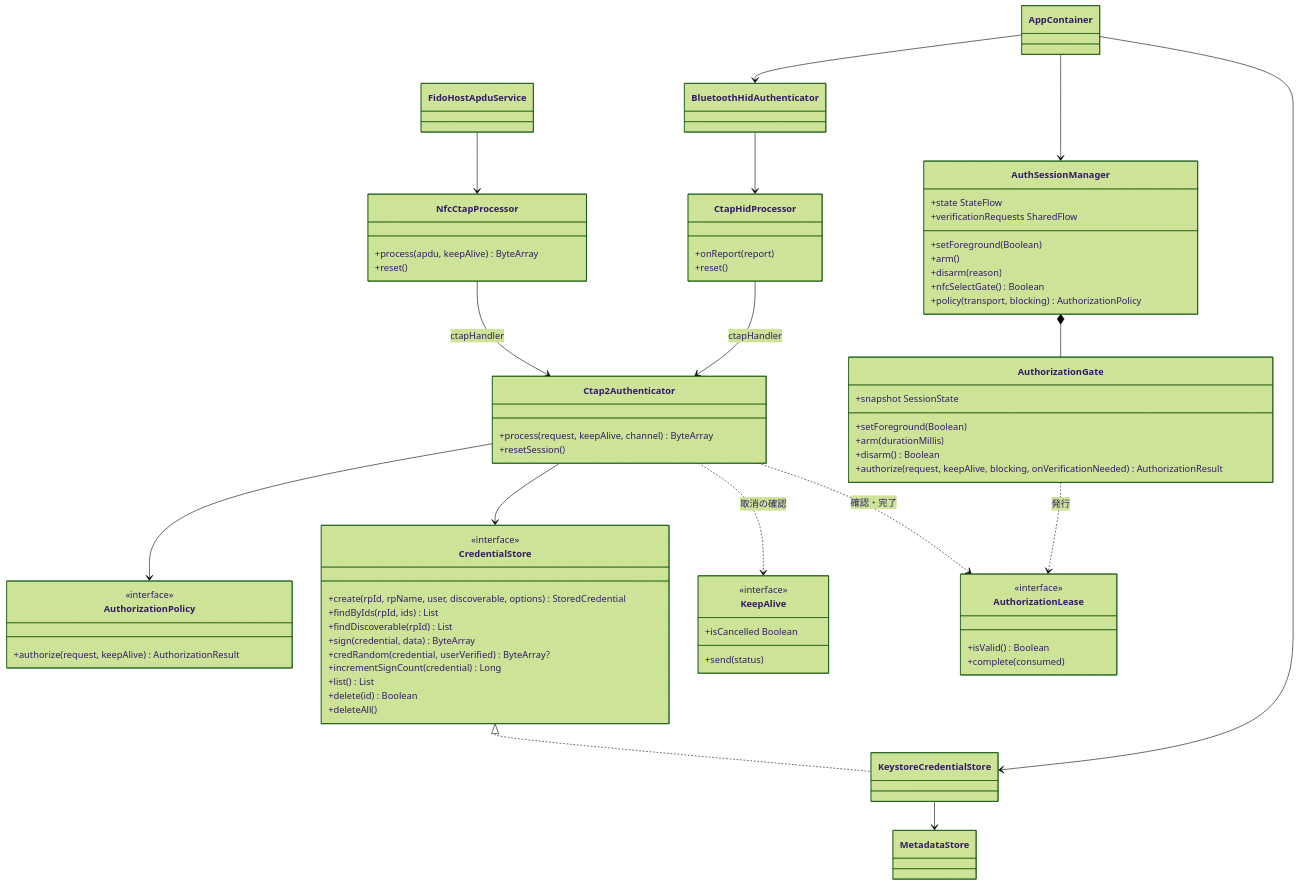
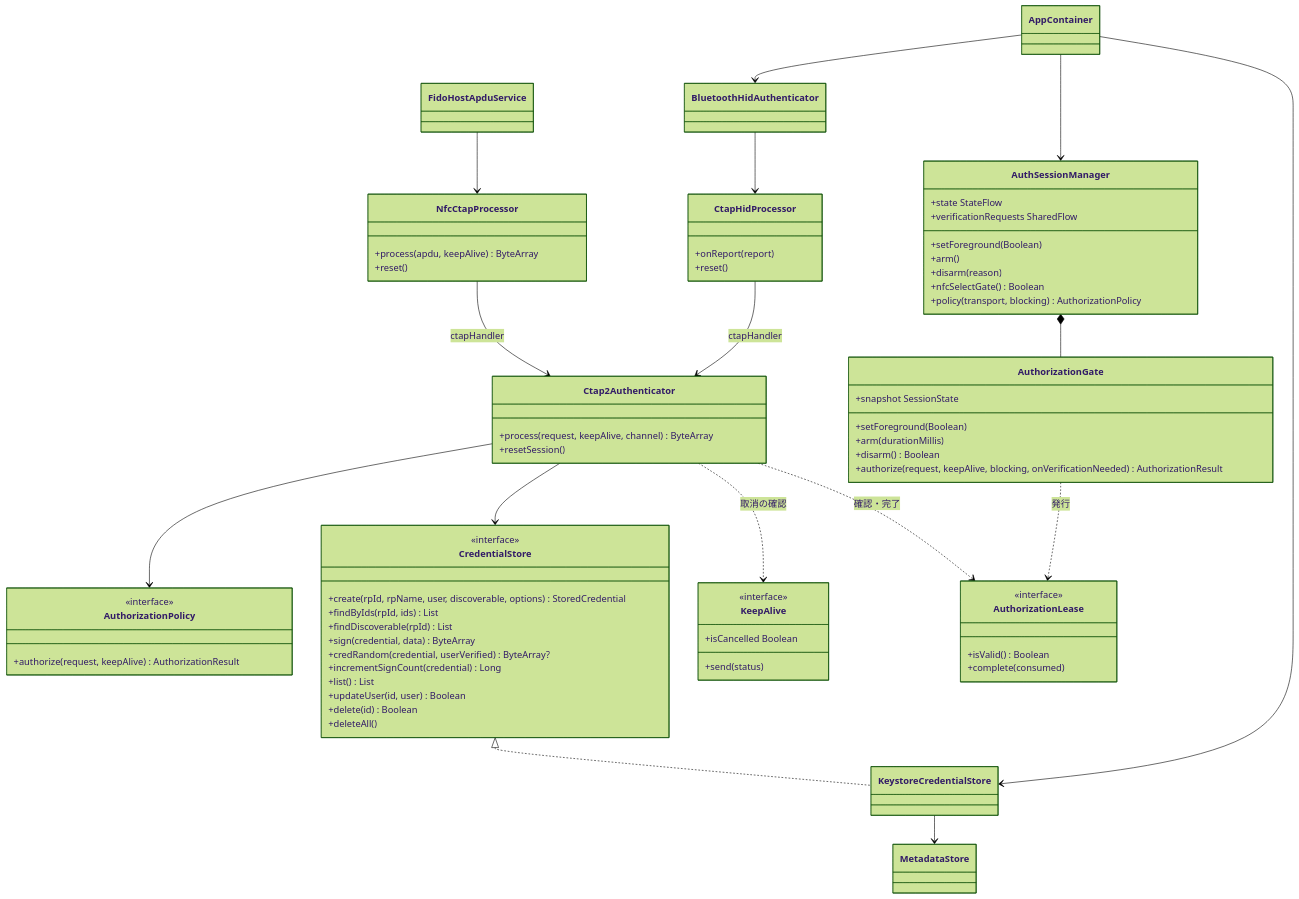
Before and after one commit to tecogonaz0439/TCAndroidKey: the first of 2 diagrams in docs/design/detail/04_modules.md, drawn with Mermaid (forest theme). The commit also changed other lines of this file and 44 other files, not shown here.

````diff
--- a/docs/design/detail/04_modules.md
+++ b/docs/design/detail/04_modules.md
@@ -17,78 +18,79 @@
 ```mermaid
 classDiagram
     class Ctap2Authenticator {
         +process(request, keepAlive, channel) ByteArray
         +resetSession()
     }
     class CredentialStore {
         <<interface>>
         +create(rpId, rpName, user, discoverable, options) StoredCredential
         +findByIds(rpId, ids) List
         +findDiscoverable(rpId) List
         +sign(credential, data) ByteArray
         +credRandom(credential, userVerified) ByteArray?
         +incrementSignCount(credential) Long
         +list() List
+        +updateUser(id, user) Boolean
         +delete(id) Boolean
         +deleteAll()
     }
     class AuthorizationPolicy {
         <<interface>>
         +authorize(request, keepAlive) AuthorizationResult
     }
     class AuthorizationLease {
         <<interface>>
         +isValid() Boolean
         +complete(consumed)
     }
     class KeepAlive {
         <<interface>>
         +send(status)
         +isCancelled Boolean
     }
     class AuthorizationGate {
         +snapshot SessionState
         +setForeground(Boolean)
         +arm(durationMillis)
         +disarm() Boolean
         +authorize(request, keepAlive, blocking, onVerificationNeeded) AuthorizationResult
     }
     class NfcCtapProcessor {
         +process(apdu, keepAlive) ByteArray
         +reset()
     }
     class CtapHidProcessor {
         +onReport(report)
         +reset()
     }
     class KeystoreCredentialStore
     class MetadataStore
     class AuthSessionManager {
         +state StateFlow
         +verificationRequests SharedFlow
         +setForeground(Boolean)
         +arm()
         +disarm(reason)
         +nfcSelectGate() Boolean
         +policy(transport, blocking) AuthorizationPolicy
     }
     class FidoHostApduService
     class BluetoothHidAuthenticator
     class AppContainer
 
     CredentialStore <|.. KeystoreCredentialStore
     AuthSessionManager *-- AuthorizationGate
     AuthorizationGate ..> AuthorizationLease : 発行
     Ctap2Authenticator ..> AuthorizationLease : 確認・完了
     Ctap2Authenticator ..> KeepAlive : 取消の確認
     KeystoreCredentialStore --> MetadataStore
     Ctap2Authenticator --> CredentialStore
     Ctap2Authenticator --> AuthorizationPolicy
     NfcCtapProcessor --> Ctap2Authenticator : ctapHandler
     CtapHidProcessor --> Ctap2Authenticator : ctapHandler
     FidoHostApduService --> NfcCtapProcessor
     BluetoothHidAuthenticator --> CtapHidProcessor
     AppContainer --> KeystoreCredentialStore
     AppContainer --> AuthSessionManager
     AppContainer --> BluetoothHidAuthenticator
 ```
````
